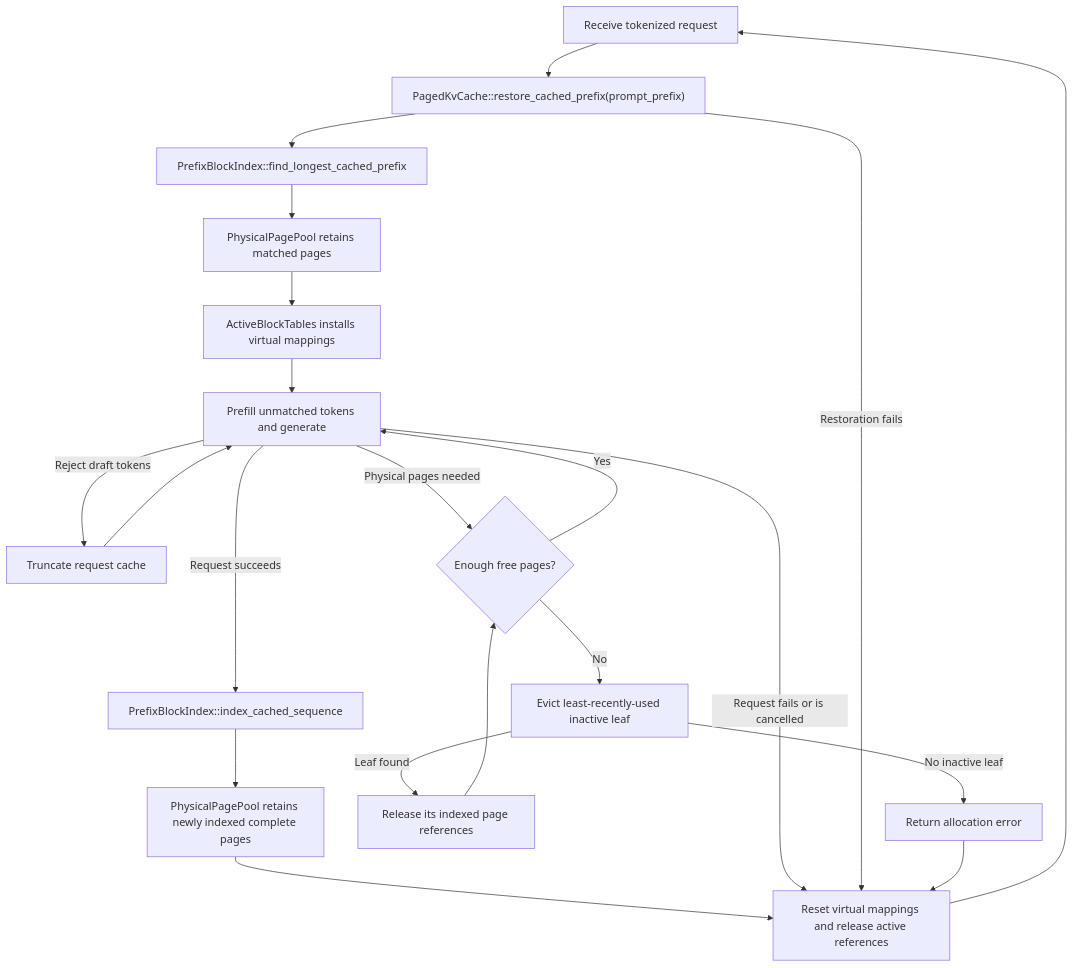
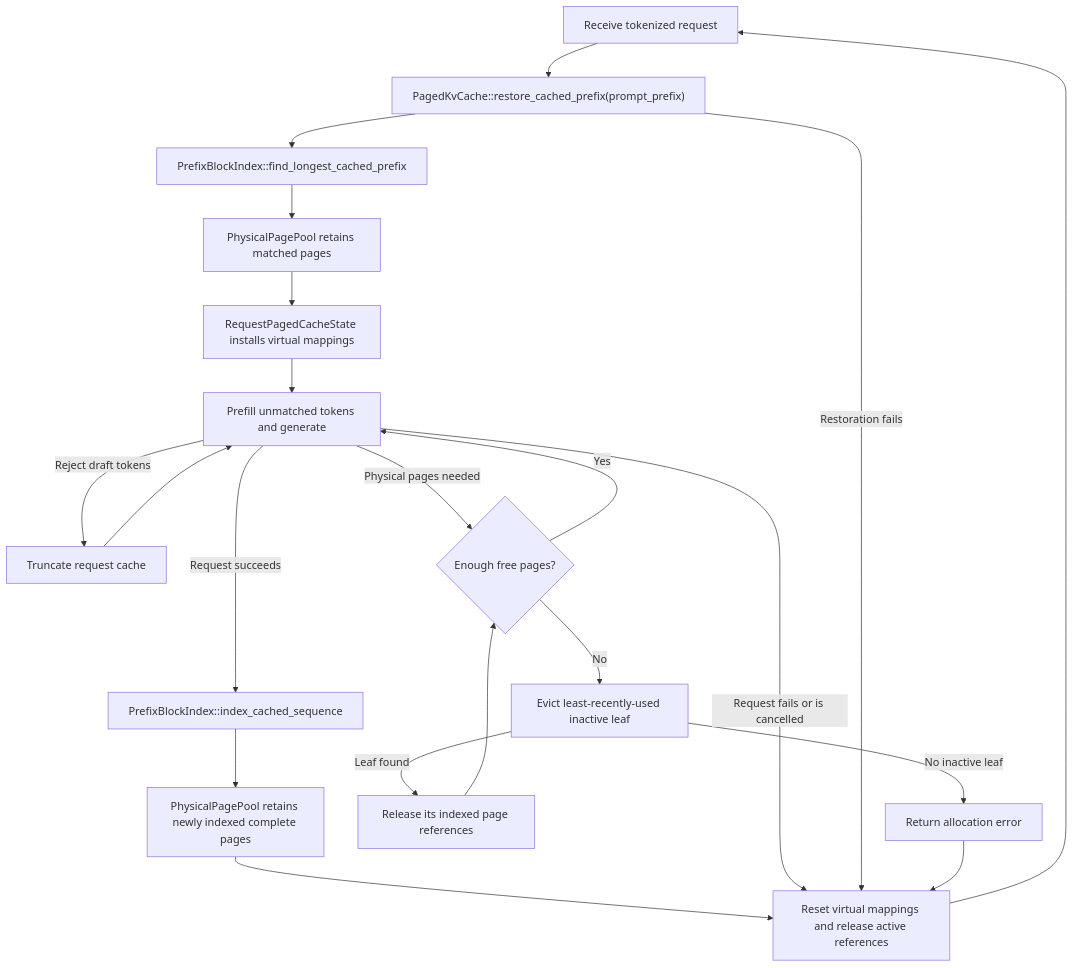
The second of 3 diagrams in src/model_runner/server/kv_cache/README.md (lun0522/mini-vllm-rs), drawn with Mermaid before and after one commit. The commit also changed other lines of this file and 6 other files, not shown here.

````diff
--- a/src/model_runner/server/kv_cache/README.md
+++ b/src/model_runner/server/kv_cache/README.md
@@ -84,23 +84,23 @@
 ```mermaid
 flowchart TD
     Request[Receive tokenized request] --> Restore["PagedKvCache::restore_cached_prefix(prompt_prefix)"]
     Restore --> Find["PrefixBlockIndex::find_longest_cached_prefix"]
     Find --> RetainMatch["PhysicalPagePool retains matched pages"]
-    RetainMatch --> Attach["ActiveBlockTables installs virtual mappings"]
+    RetainMatch --> Attach["RequestPagedCacheState installs virtual mappings"]
     Attach --> Work[Prefill unmatched tokens and generate]
     Work -->|Reject draft tokens| Truncate[Truncate request cache]
     Truncate --> Work
     Work -->|Request succeeds| Index["PrefixBlockIndex::index_cached_sequence"]
     Index --> RetainNew["PhysicalPagePool retains newly indexed complete pages"]
     RetainNew --> Reset["Reset virtual mappings and release active references"]
     Work -->|Request fails or is cancelled| Reset
     Restore -->|Restoration fails| Reset
     Reset --> Request
     Work -->|Physical pages needed| Available{Enough free pages?}
     Available -->|Yes| Work
     Available -->|No| Evict["Evict least-recently-used inactive leaf"]
     Evict -->|Leaf found| Release["Release its indexed page references"]
     Release --> Available
     Evict -->|No inactive leaf| Fail[Return allocation error]
     Fail --> Reset
 ```
````
